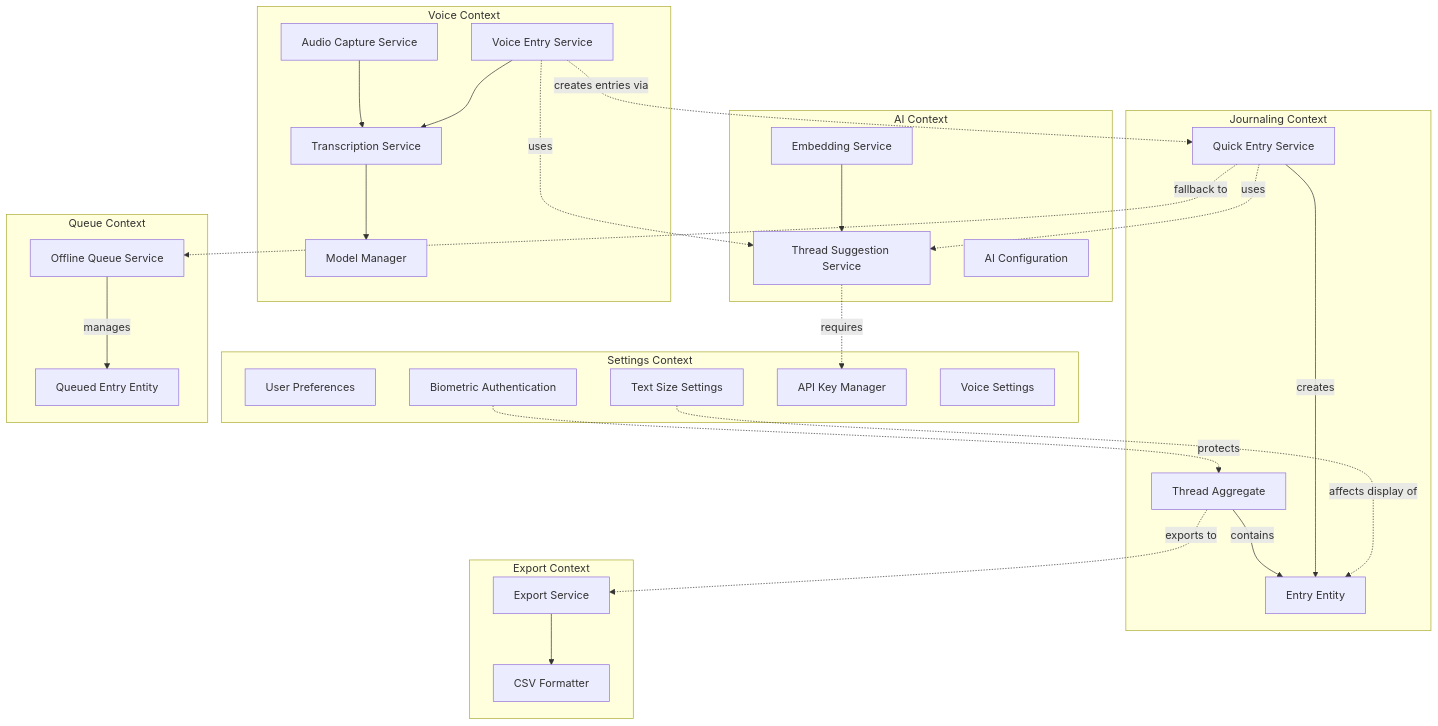
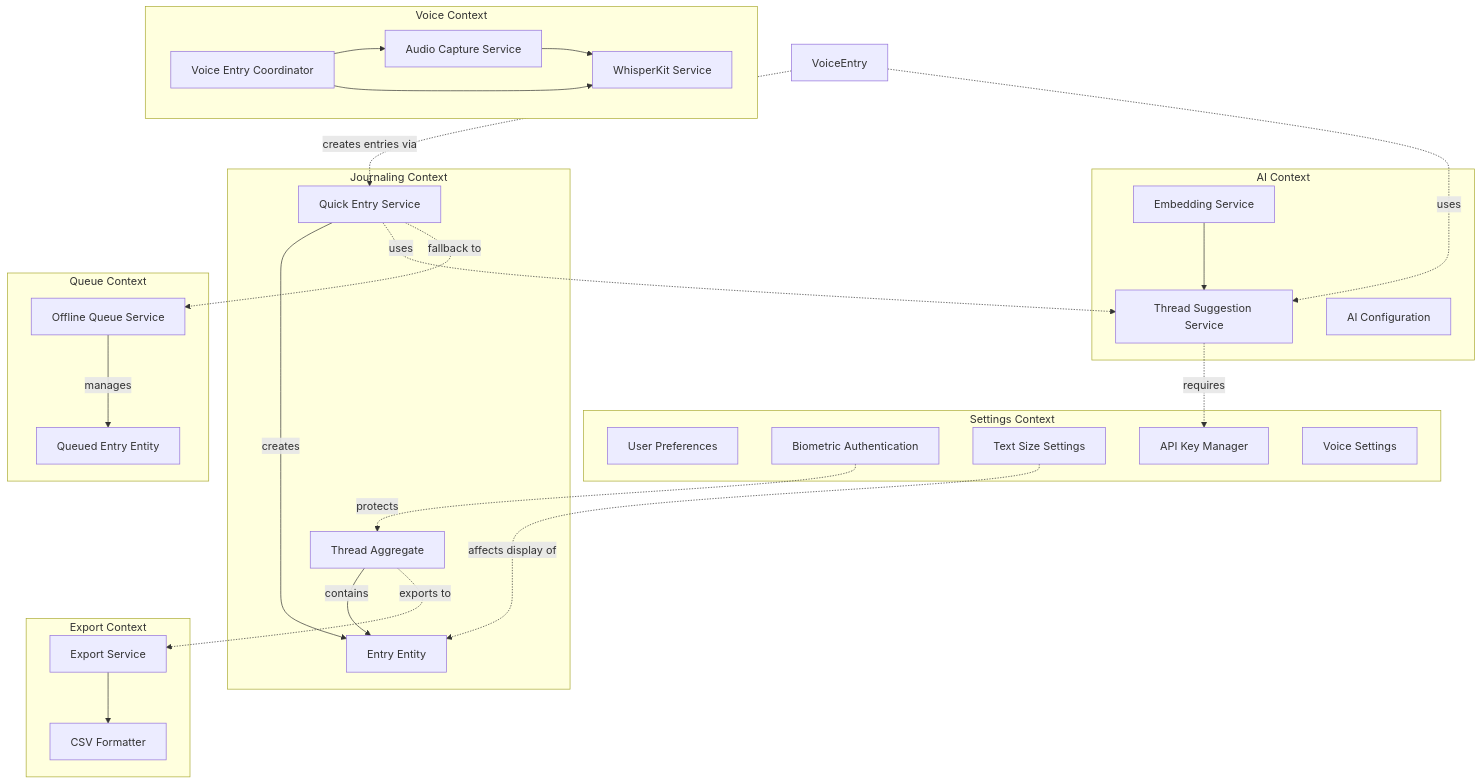
The first of 14 diagrams in Engineering/Technical-Implementation-Plan.md (ericzhou129/ThreadJournal2), drawn with Mermaid before and after one commit. The commit also changed other lines of this file and 1 other file, not shown here.

First line of the commit message:
docs: Update tickets and TIP to reflect actual WhisperKit implementation

````diff
--- a/Engineering/Technical-Implementation-Plan.md
+++ b/Engineering/Technical-Implementation-Plan.md
@@ -49,56 +52,55 @@
 ```mermaid
 graph TB
     subgraph "Journaling Context"
         Thread[Thread Aggregate]
         Entry[Entry Entity]
         QuickEntry[Quick Entry Service]
         Thread -->|contains| Entry
         QuickEntry -->|creates| Entry
     end
     
     subgraph "AI Context"
         EmbeddingService[Embedding Service]
         ThreadSuggestionService[Thread Suggestion Service]
         AIConfiguration[AI Configuration]
         EmbeddingService --> ThreadSuggestionService
     end
     
     subgraph "Voice Context"
         AudioCapture[Audio Capture Service]
-        TranscriptionService[Transcription Service]
-        ModelManager[Model Manager]
-        VoiceEntry[Voice Entry Service]
-        AudioCapture --> TranscriptionService
-        TranscriptionService --> ModelManager
-        VoiceEntry --> TranscriptionService
+        WhisperKitService[WhisperKit Service]
+        VoiceEntryCoordinator[Voice Entry Coordinator]
+        AudioCapture --> WhisperKitService
+        VoiceEntryCoordinator --> AudioCapture
+        VoiceEntryCoordinator --> WhisperKitService
     end
     
     subgraph "Export Context"
         ExportService[Export Service]
         CSVFormatter[CSV Formatter]
         ExportService --> CSVFormatter
     end
     
     subgraph "Settings Context"
         UserPreferences[User Preferences]
         BiometricAuth[Biometric Authentication]
         TextSize[Text Size Settings]
         APIKeyManager[API Key Manager]
         VoiceSettings[Voice Settings]
     end
     
     subgraph "Queue Context"
         OfflineQueue[Offline Queue Service]
         QueuedEntry[Queued Entry Entity]
         OfflineQueue -->|manages| QueuedEntry
     end
     
     Thread -.->|exports to| ExportService
     BiometricAuth -.->|protects| Thread
     TextSize -.->|affects display of| Entry
     QuickEntry -.->|uses| ThreadSuggestionService
     ThreadSuggestionService -.->|requires| APIKeyManager
     QuickEntry -.->|fallback to| OfflineQueue
     VoiceEntry -.->|creates entries via| QuickEntry
     VoiceEntry -.->|uses| ThreadSuggestionService
 ```
````
